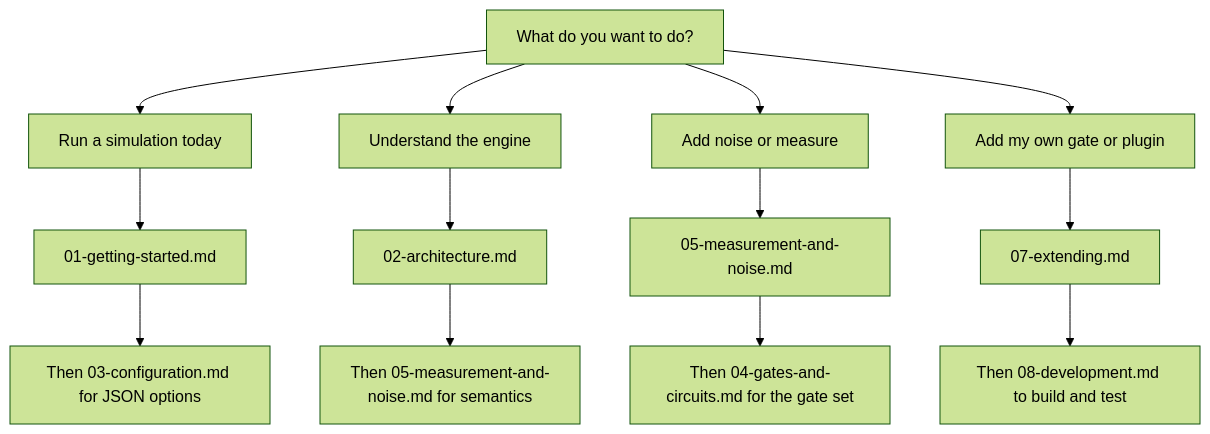
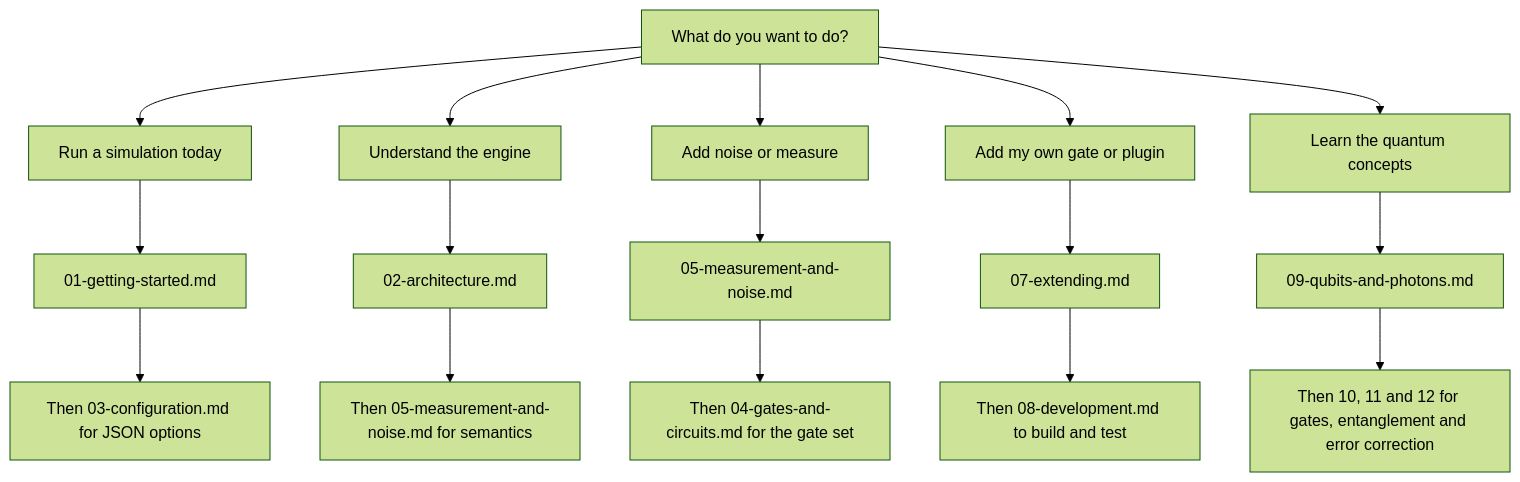
Before and after one commit to CharafeddineMechalikh/QForge: the diagram in docs/README.md, drawn with Mermaid (forest theme). The commit also changed other lines of this file and 22 other files, not shown here.

````diff
--- a/docs/README.md
+++ b/docs/README.md
@@ -35,17 +48,20 @@
 ```mermaid
 flowchart TD
     Q["What do you want to do?"]
     Q --> A["Run a simulation today"]
     Q --> B["Understand the engine"]
     Q --> C["Add noise or measure"]
     Q --> D["Add my own gate or plugin"]
+    Q --> E["Learn the quantum concepts"]
 
     A --> A1["01-getting-started.md"]
     A1 --> A2["Then 03-configuration.md for JSON options"]
     B --> B1["02-architecture.md"]
     B1 --> B2["Then 05-measurement-and-noise.md for semantics"]
     C --> C1["05-measurement-and-noise.md"]
     C1 --> C2["Then 04-gates-and-circuits.md for the gate set"]
     D --> D1["07-extending.md"]
     D1 --> D2["Then 08-development.md to build and test"]
+    E --> E1["09-qubits-and-photons.md"]
+    E1 --> E2["Then 10, 11 and 12 for gates, entanglement and error correction"]
 ```
````
